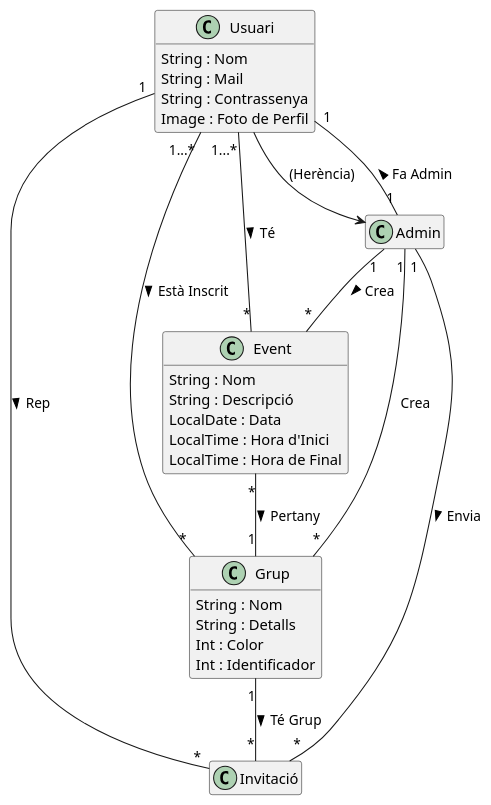
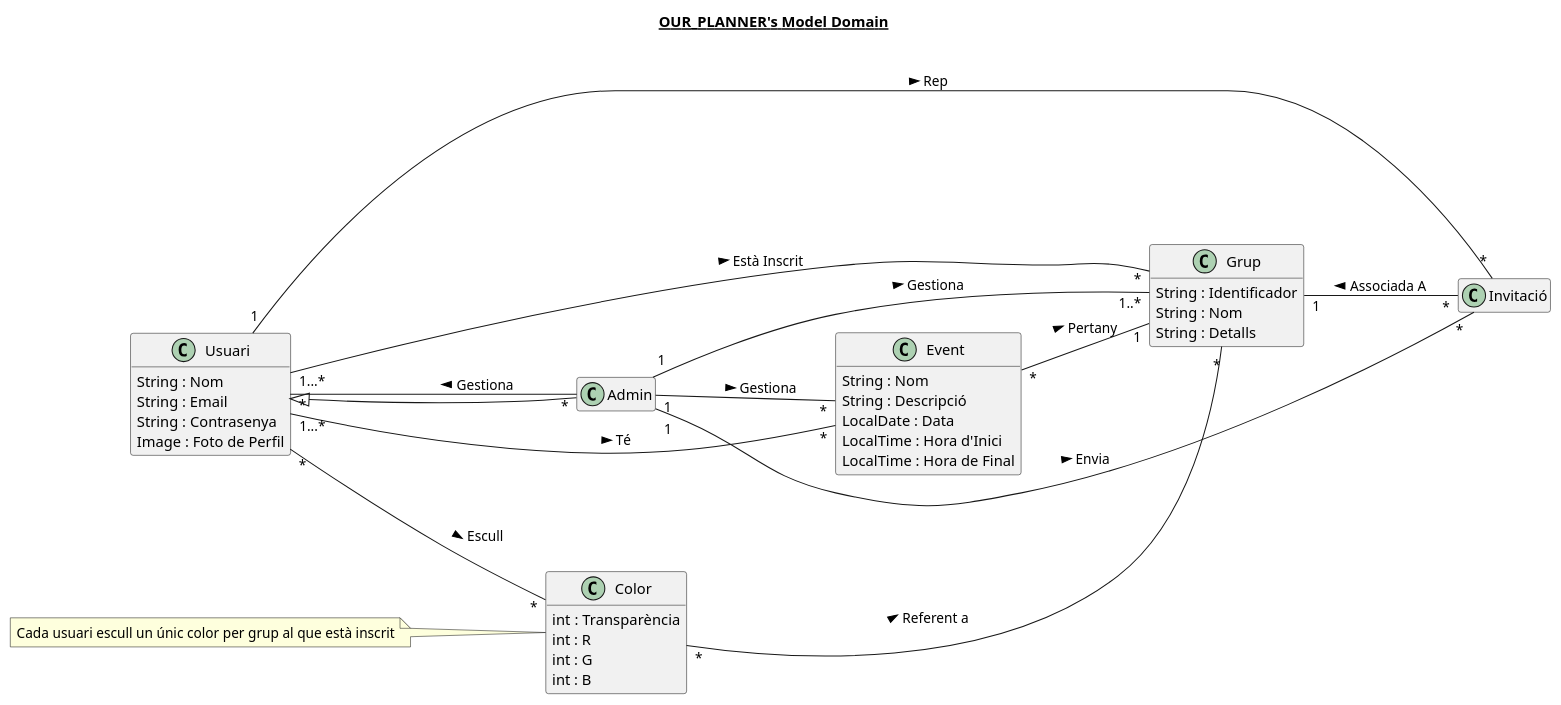
Before and after one commit to Projecte-Integrat-Software/el-planner: the diagram in app/src/main/java/com/example/our_planner/domain_model.puml, drawn with PlantUML. The commit also changed 3 other files, not shown here.

```diff
--- a/app/src/main/java/com/example/our_planner/domain_model.puml
+++ b/app/src/main/java/com/example/our_planner/domain_model.puml
@@ -1,51 +1,69 @@
 @startuml
 hide empty members
 
+
+title __OUR_PLANNER's Model Domain__\n
+left to right direction
+
 class "Usuari" as Usuari {
   String : Nom
-  String : Mail
-  String : Contrassenya
+  String : Email
+  String : Contrasenya
   Image : Foto de Perfil
 }
 
 class "Event" as Event {
   String : Nom
   String : Descripció
   LocalDate : Data
   LocalTime : Hora d'Inici
   LocalTime : Hora de Final
 }
+
+class "Color" as Color {
+  int : Transparència
+  int : R
+  int : G
+  int : B
+}
+
 class "Grup" as Grup {
+  String : Identificador
   String : Nom
   String : Detalls
-  Int : Color
-  Int : Identificador
 }
 
 class "Admin" as Admin {
 }
 
 class "Invitació" as Invitació {
 }
+
+Usuari  "*" -- "*" Color : Escull >
+
+note "Cada usuari escull un únic color per grup al que està inscrit" as nota
+nota .- Color
+
+Color "*" -- "*" Grup : Referent a >
 
 Usuari "1...*" -- "*" Event : Té >
 
 Usuari "1...*" -- "*" Grup : Està Inscrit >
 
 Event "*" -- "1" Grup : Pertany >
 
 Usuari "1" -- "*" Invitació : Rep >
 
 Admin "1" -- "*" Invitació : Envia >
 
-Admin "1" -- "*" Grup : Crea
+Admin "1" -- "1..*" Grup : Gestiona >
 
-Admin "1" -- "*" Event : Crea >
+Admin "1" -- "*" Event : Gestiona >
 
-Admin "1" -- "1" Usuari : Fa Admin >
+Admin "*" -- "*" Usuari : Gestiona >
 
-Grup "1" -- "*" Invitació : Té Grup >
+Grup "1" -- "*" Invitació : Associada A <
 
-Usuari --> Admin: (Herència)
+Usuari <|-- Admin
 
 @enduml
```
